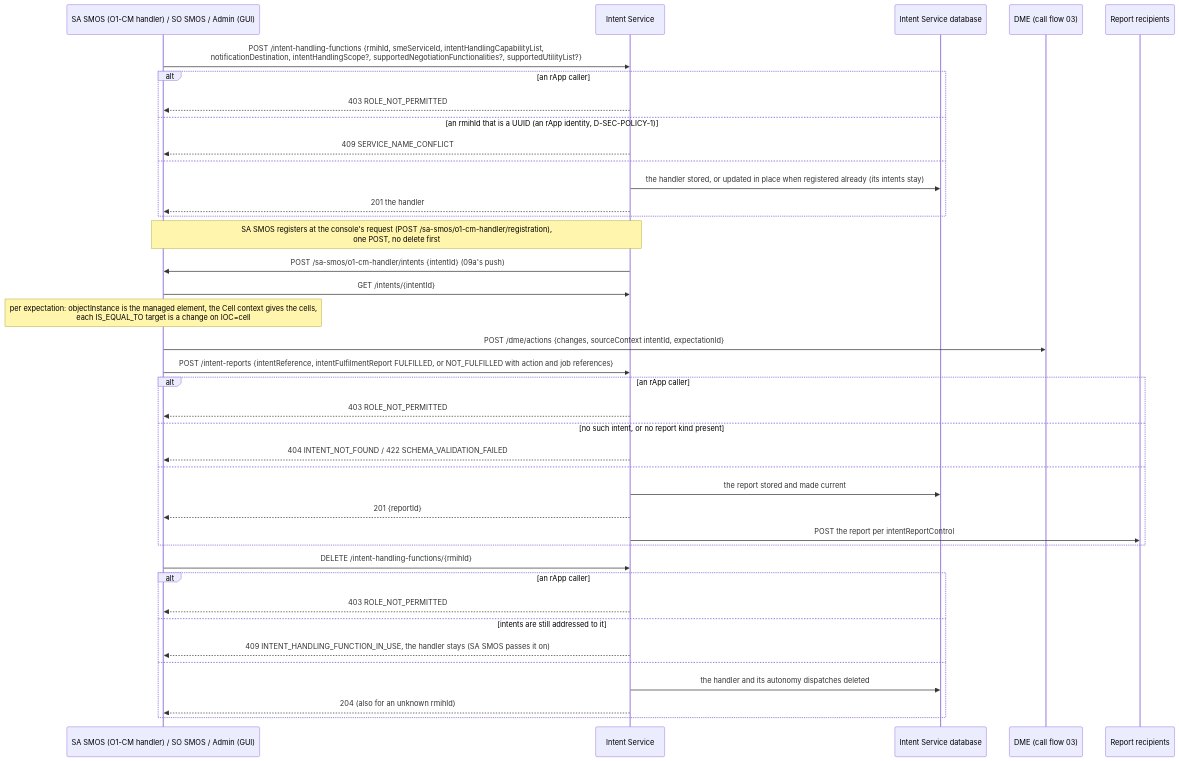
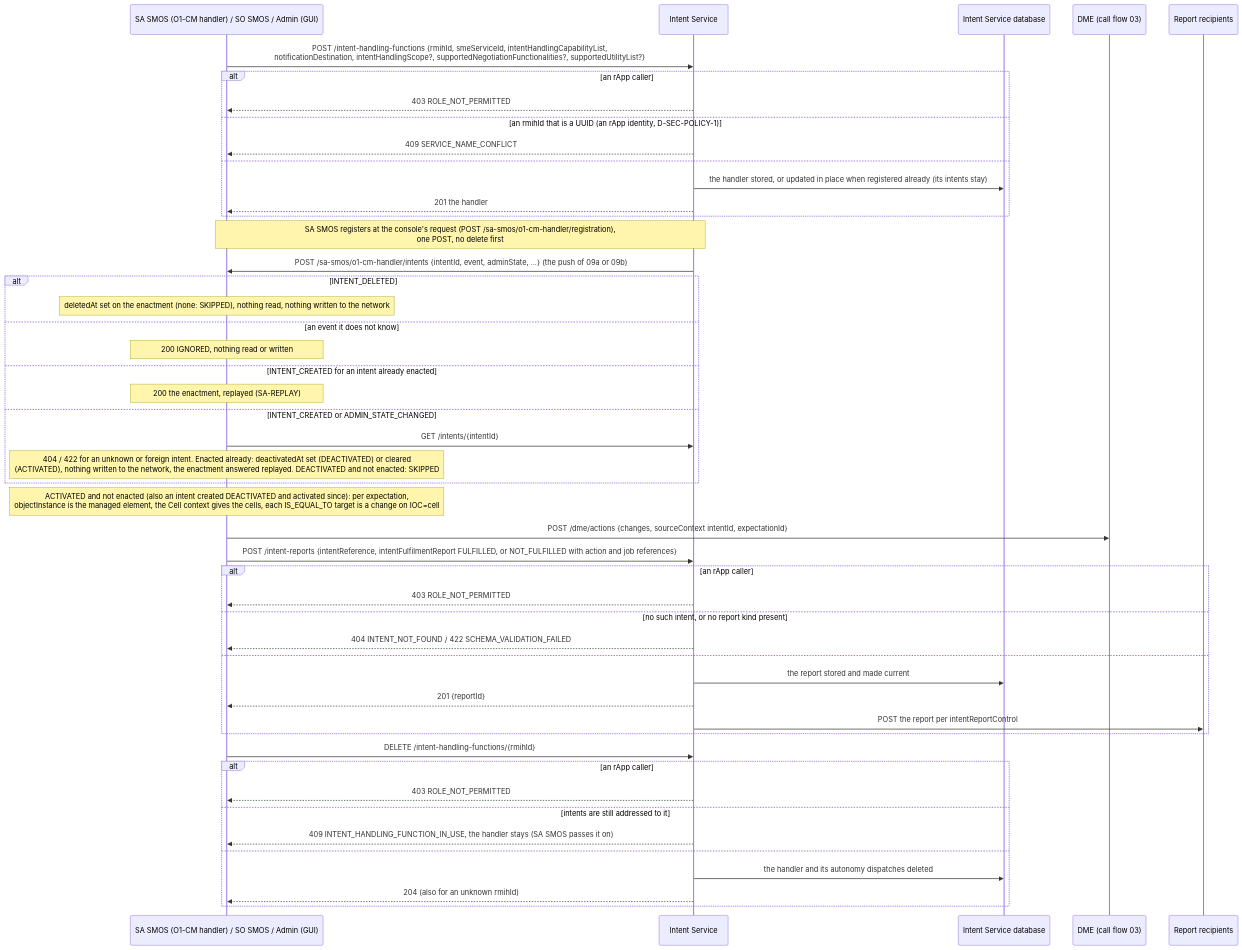
Before and after one commit to rsys-bshankar/ai-ran-smo: the third of 5 diagrams in smo/docs/call-flows/09-intent-service-intent-flow.md, drawn with Mermaid. The commit also changed other lines of this file and 29 other files, not shown here.

````diff
--- a/smo/docs/call-flows/09-intent-service-intent-flow.md
+++ b/smo/docs/call-flows/09-intent-service-intent-flow.md
@@ -104,42 +111,51 @@
 ```mermaid
 sequenceDiagram
     participant H as SA SMOS (O1-CM handler) / SO SMOS / Admin (GUI)
     participant IS as Intent Service
     participant DB as Intent Service database
     participant DME as DME (call flow 03)
     participant RR as Report recipients
 
     H->>IS: POST /intent-handling-functions {rmihId, smeServiceId, intentHandlingCapabilityList,<br/>notificationDestination, intentHandlingScope?, supportedNegotiationFunctionalities?, supportedUtilityList?}
     alt an rApp caller
         IS-->>H: 403 ROLE_NOT_PERMITTED
     else an rmihId that is a UUID (an rApp identity, D-SEC-POLICY-1)
         IS-->>H: 409 SERVICE_NAME_CONFLICT
     else
         IS->>DB: the handler stored, or updated in place when registered already (its intents stay)
         IS-->>H: 201 the handler
     end
     Note over H,IS: SA SMOS registers at the console's request (POST /sa-smos/o1-cm-handler/registration),<br/>one POST, no delete first
-    IS->>H: POST /sa-smos/o1-cm-handler/intents {intentId} (09a's push)
-    H->>IS: GET /intents/{intentId}
-    Note over H: per expectation: objectInstance is the managed element, the Cell context gives the cells,<br/>each IS_EQUAL_TO target is a change on IOC=cell
+    IS->>H: POST /sa-smos/o1-cm-handler/intents {intentId, event, adminState, ...} (the push of 09a or 09b)
+    alt INTENT_DELETED
+        Note over H: deletedAt set on the enactment (none: SKIPPED), nothing read, nothing written to the network
+    else an event it does not know
+        Note over H: 200 IGNORED, nothing read or written
+    else INTENT_CREATED for an intent already enacted
+        Note over H: 200 the enactment, replayed (SA-REPLAY)
+    else INTENT_CREATED or ADMIN_STATE_CHANGED
+        H->>IS: GET /intents/{intentId}
+        Note over H: 404 / 422 for an unknown or foreign intent. Enacted already: deactivatedAt set (DEACTIVATED) or cleared<br/>(ACTIVATED), nothing written to the network, the enactment answered replayed. DEACTIVATED and not enacted: SKIPPED
+    end
+    Note over H: ACTIVATED and not enacted (also an intent created DEACTIVATED and activated since): per expectation,<br/>objectInstance is the managed element, the Cell context gives the cells, each IS_EQUAL_TO target is a change on IOC=cell
     H->>DME: POST /dme/actions {changes, sourceContext intentId, expectationId}
     H->>IS: POST /intent-reports {intentReference, intentFulfilmentReport FULFILLED, or NOT_FULFILLED with action and job references}
     alt an rApp caller
         IS-->>H: 403 ROLE_NOT_PERMITTED
     else no such intent, or no report kind present
         IS-->>H: 404 INTENT_NOT_FOUND / 422 SCHEMA_VALIDATION_FAILED
     else
         IS->>DB: the report stored and made current
         IS-->>H: 201 {reportId}
         IS->>RR: POST the report per intentReportControl
     end
     H->>IS: DELETE /intent-handling-functions/{rmihId}
     alt an rApp caller
         IS-->>H: 403 ROLE_NOT_PERMITTED
     else intents are still addressed to it
         IS-->>H: 409 INTENT_HANDLING_FUNCTION_IN_USE, the handler stays (SA SMOS passes it on)
     else
         IS->>DB: the handler and its autonomy dispatches deleted
         IS-->>H: 204 (also for an unknown rmihId)
     end
 ```
````
